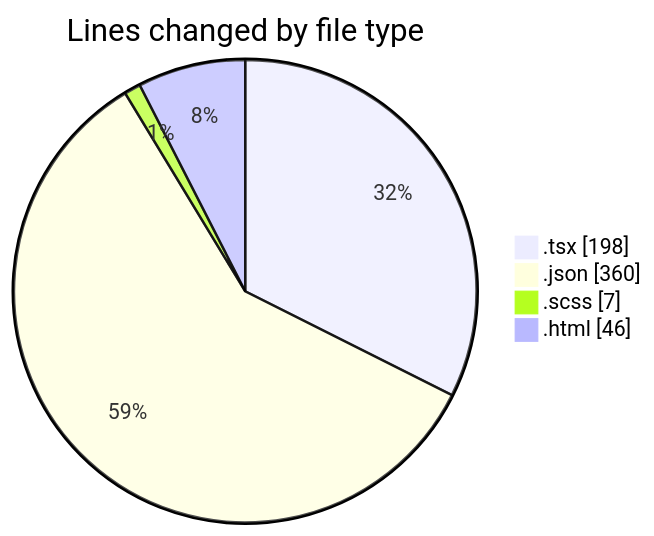
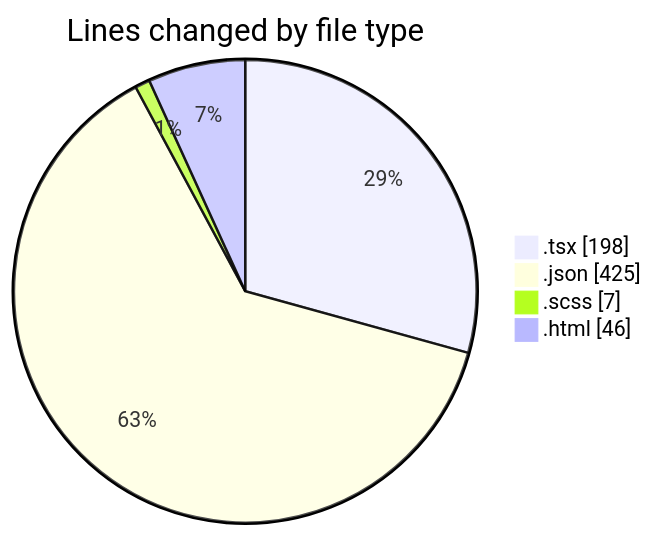
One commit to momahboobian/code-tracking changed the first of 2 diagrams in 2026-04-14/cda/README.md. Above: the diagram before and after it, drawn with Mermaid. The commit also changed other lines of this file and 1 other file, not shown here.

````diff
--- a/2026-04-14/cda/README.md
+++ b/2026-04-14/cda/README.md
@@ -30,8 +30,8 @@
 ```mermaid
 pie showData
 title Lines changed by file type
 ".tsx" : 198
-".json" : 360
+".json" : 425
 ".scss" : 7
 ".html" : 46
 ```
````
